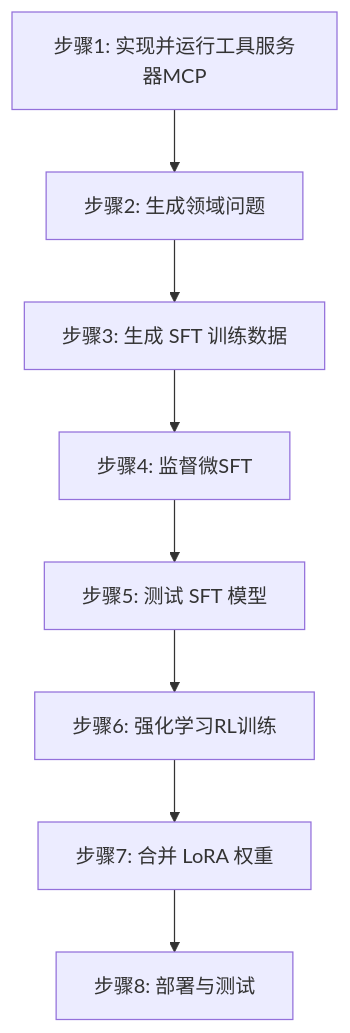
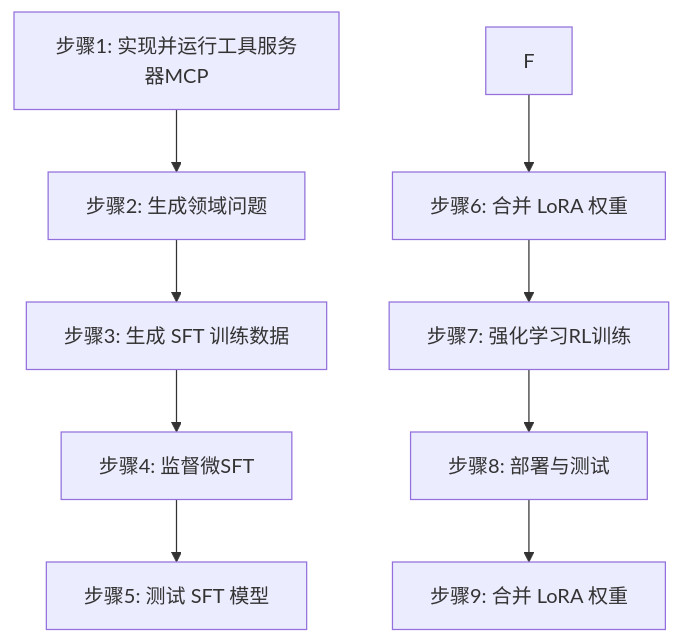
Before and after one commit to johnson7788/EasyTrainAgent: the diagram in README.md, drawn with Mermaid. The commit also changed 2 other files, not shown here.

Commit message:
"流程图更新"

````diff
--- a/README.md
+++ b/README.md
@@ -28,10 +28,11 @@
 ```mermaid
 flowchart TD
     A[步骤1: 实现并运行工具服务器MCP] --> B[步骤2: 生成领域问题]
     B --> C[步骤3: 生成 SFT 训练数据]
     C --> D[步骤4: 监督微SFT]
     D --> E[步骤5: 测试 SFT 模型]
-    E --> F[步骤6: 强化学习RL训练]
-    F --> G[步骤7: 合并 LoRA 权重]
-    G --> H[步骤8: 部署与测试]
+    F --> G[步骤6: 合并 LoRA 权重]
+    G --> H[步骤7: 强化学习RL训练]
+    H --> I[步骤8: 部署与测试]
+    I --> J[步骤9: 合并 LoRA 权重]
 ```
````
